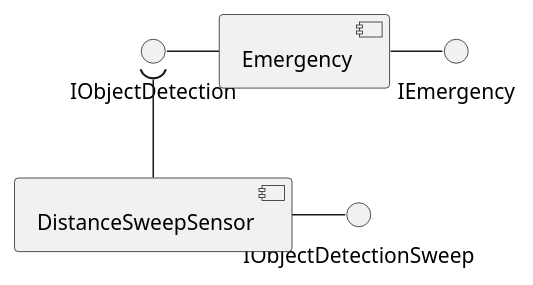
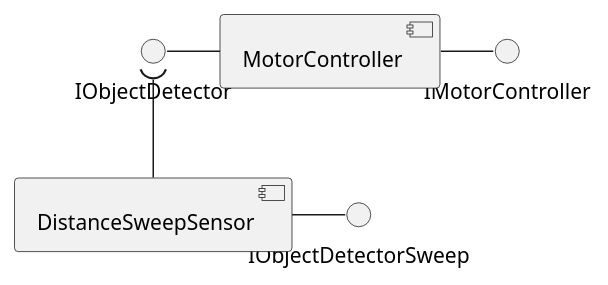
Before and after one commit to jvisch/jvr: the diagram in design/components.design.plantuml, drawn with PlantUML. The commit also changed 7 other files, not shown here.

```diff
--- a/design/components.design.plantuml
+++ b/design/components.design.plantuml
@@ -1,20 +1,20 @@
 @startuml Component Design
 
 ' interfaces
-interface IObjectDetection
-interface IObjectDetectionSweep
-interface IEmergency
+interface IObjectDetector
+interface IObjectDetectorSweep
+interface IMotorController
 
 ' components
-component Emergency
+component MotorController
 component DistanceSweepSensor
 
-' Component Emergency
-Emergency -left- IObjectDetection
-Emergency -right- IEmergency
+' Component MotorController
+MotorController -left- IObjectDetector
+MotorController -right- IMotorController
 
 ' Component DistanceSweepSensor
-DistanceSweepSensor -up-( IObjectDetection
-DistanceSweepSensor -right- IObjectDetectionSweep
+DistanceSweepSensor -up-( IObjectDetector
+DistanceSweepSensor -right- IObjectDetectorSweep
 
 @enduml
```
